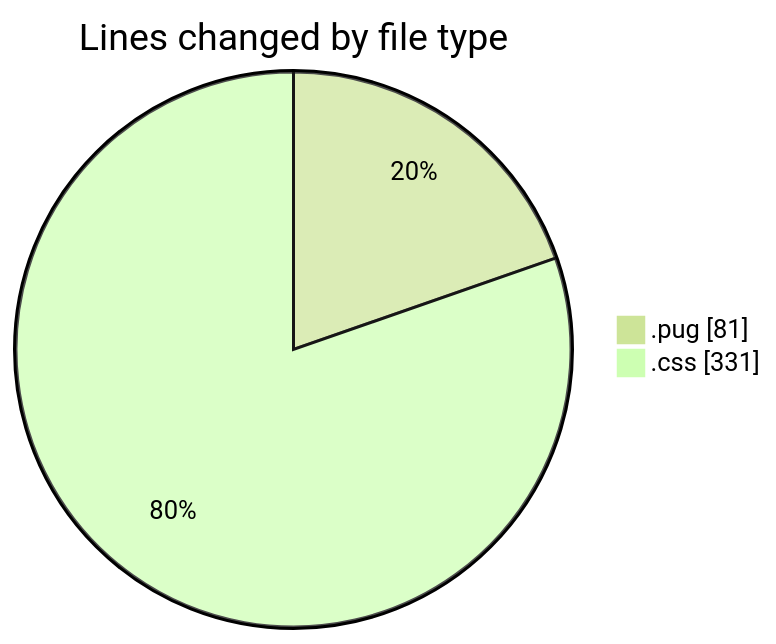
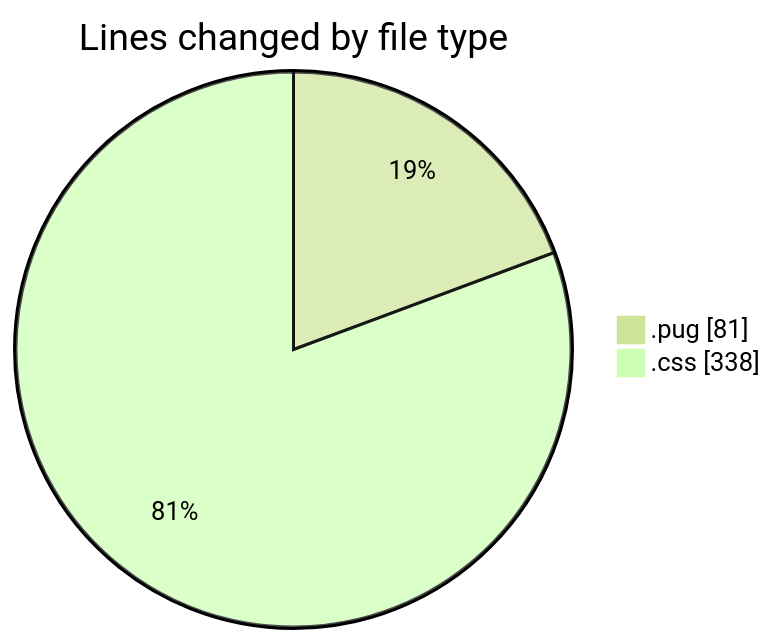
Before and after one commit to momahboobian/code-tracking: the first of 2 diagrams in 2025-11-05/cda/README.md, drawn with Mermaid (forest theme). The commit also changed other lines of this file and 1 other file, not shown here.

````diff
--- a/2025-11-05/cda/README.md
+++ b/2025-11-05/cda/README.md
@@ -21,6 +21,6 @@
 ```mermaid
 pie showData
 title Lines changed by file type
 ".pug" : 81
-".css" : 331
+".css" : 338
 ```
````
